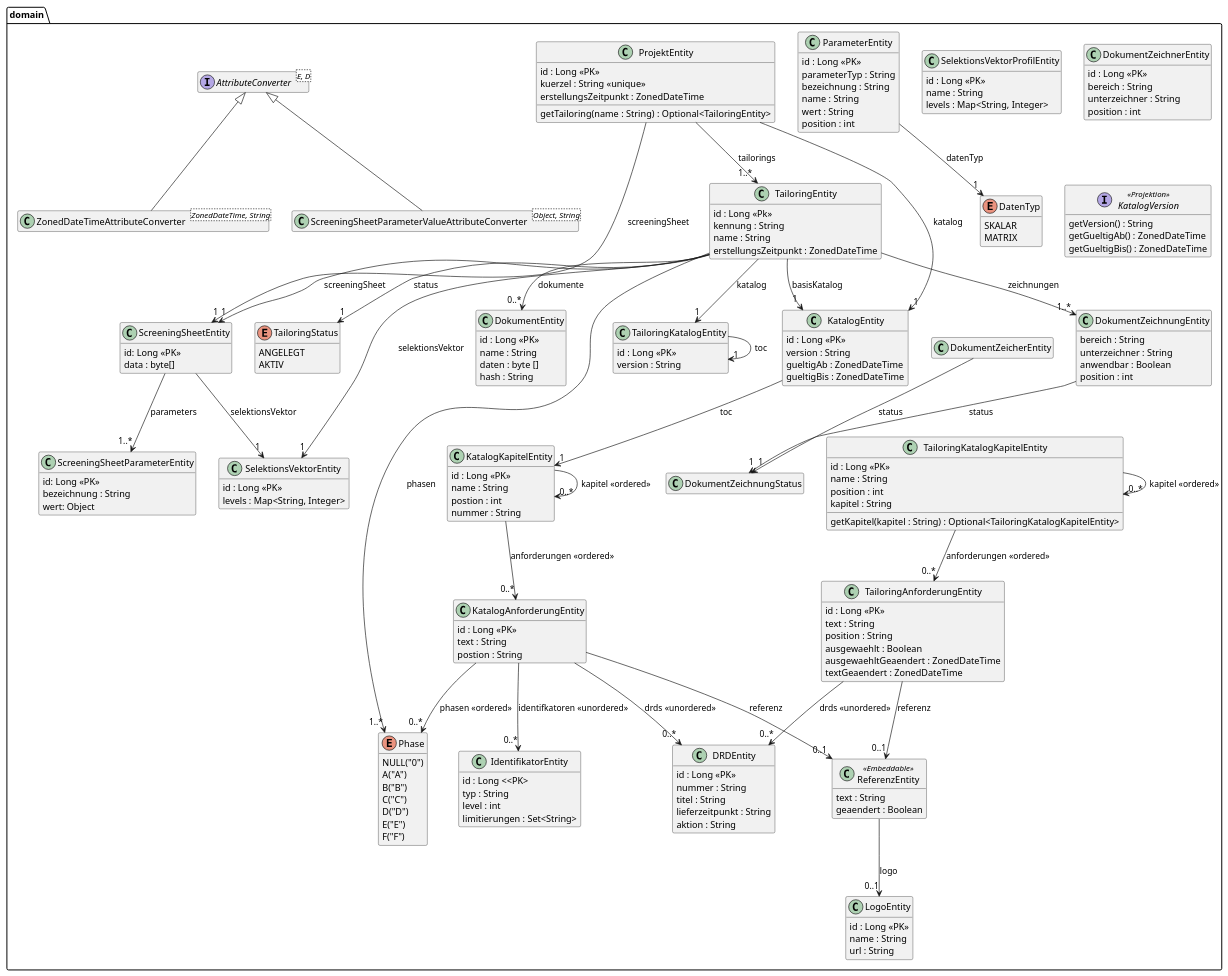
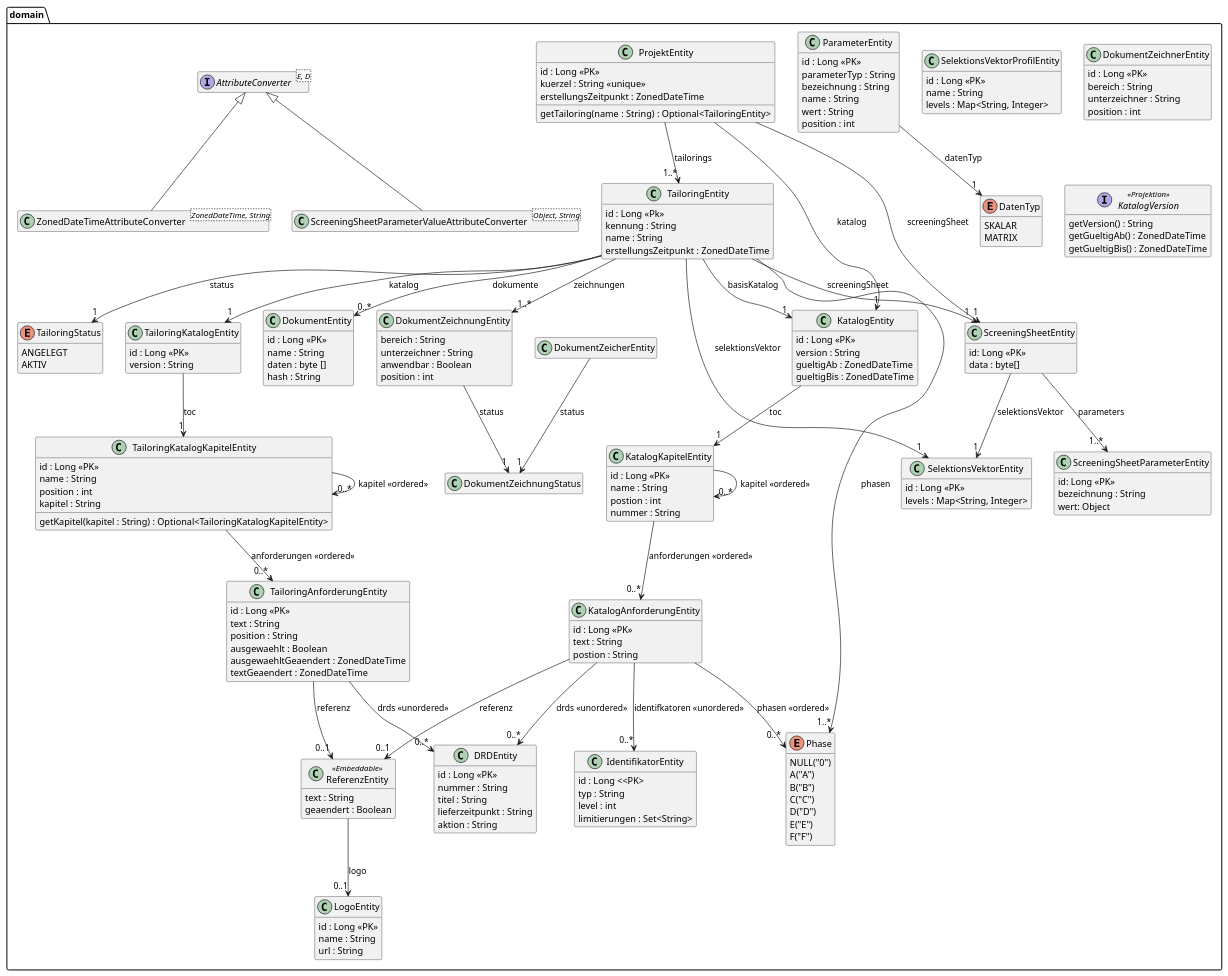
Before and after one commit to tailoringexpert/platform: the diagram in src/site/arc42/plantuml/data-jpa/domain/Ebene3.plantuml, drawn with PlantUML. The commit also changed 5 other files, not shown here.

```diff
--- a/src/site/arc42/plantuml/data-jpa/domain/Ebene3.plantuml
+++ b/src/site/arc42/plantuml/data-jpa/domain/Ebene3.plantuml
@@ -180,7 +180,7 @@
         id : Long <<PK>>
         version : String
     }
-    TailoringKatalogEntity --> "1" TailoringKatalogEntity : toc
+    TailoringKatalogEntity --> "1" TailoringKatalogKapitelEntity : toc
 
     class ProjektEntity {
         id : Long <<PK>>
```
